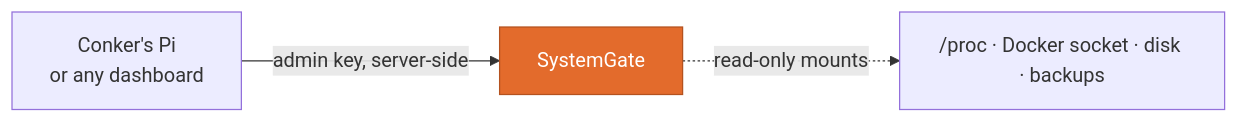
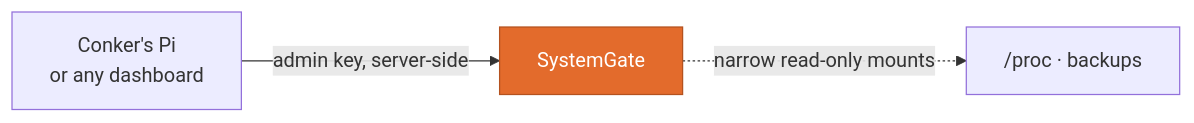
One commit to Conker-AI/systemgate changed the diagram in README.md. Above: the diagram before and after it, drawn with Mermaid. The commit also changed other lines of this file and 9 other files, not shown here.

First line of the commit message:
Remove Docker daemon and host-root authority from SystemGate

````diff
--- a/README.md
+++ b/README.md
@@ -18,7 +18,7 @@
 ```mermaid
 flowchart LR
     Pi[Conker's Pi<br/>or any dashboard] -->|admin key, server-side| SG[SystemGate]
-    SG -.->|read-only mounts| Host["/proc · Docker socket · disk · backups"]
+    SG -.->|narrow read-only mounts| Host["/proc · backups"]
     classDef focus fill:#e36b2c,color:#fff,stroke:#b4521f
     class SG focus
 ```
````
